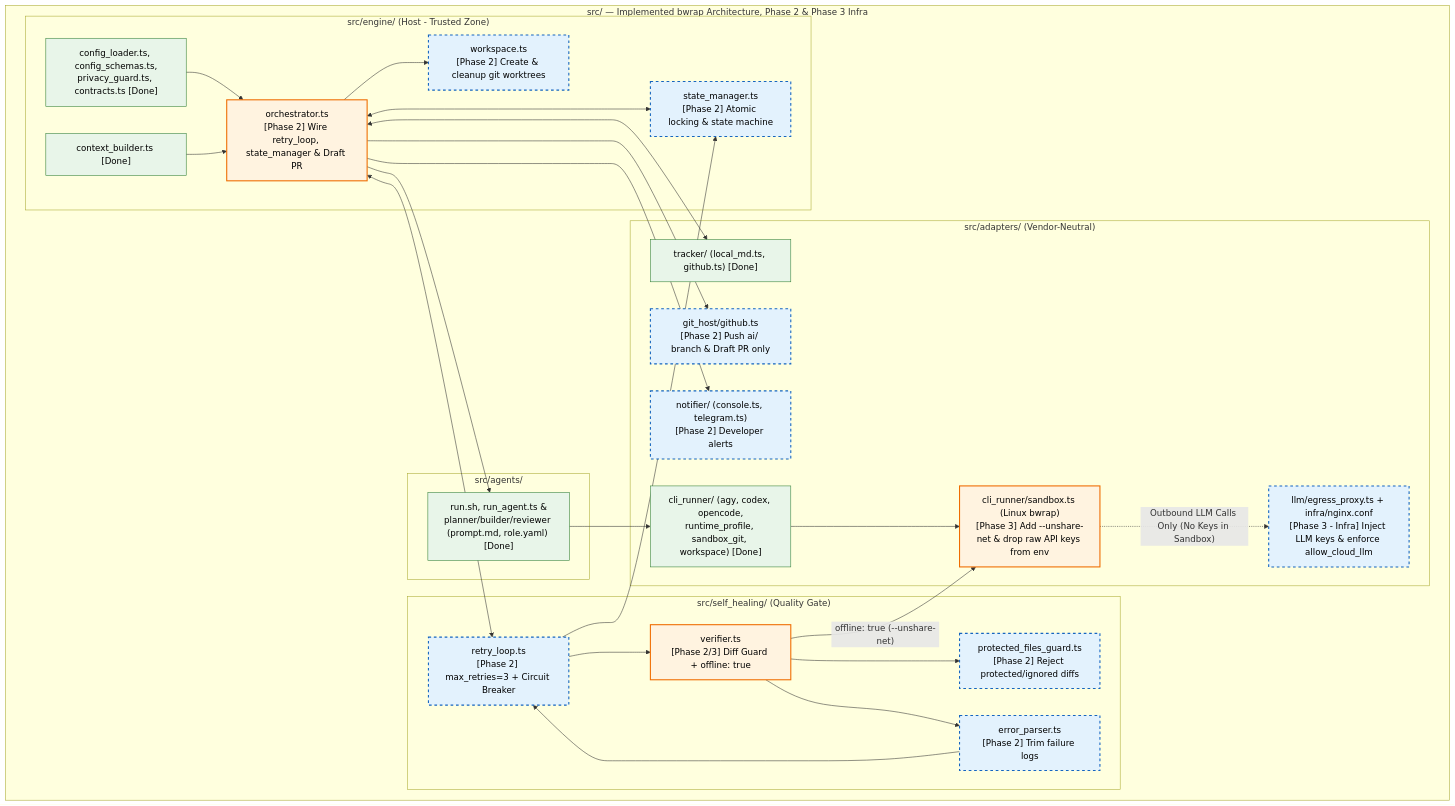
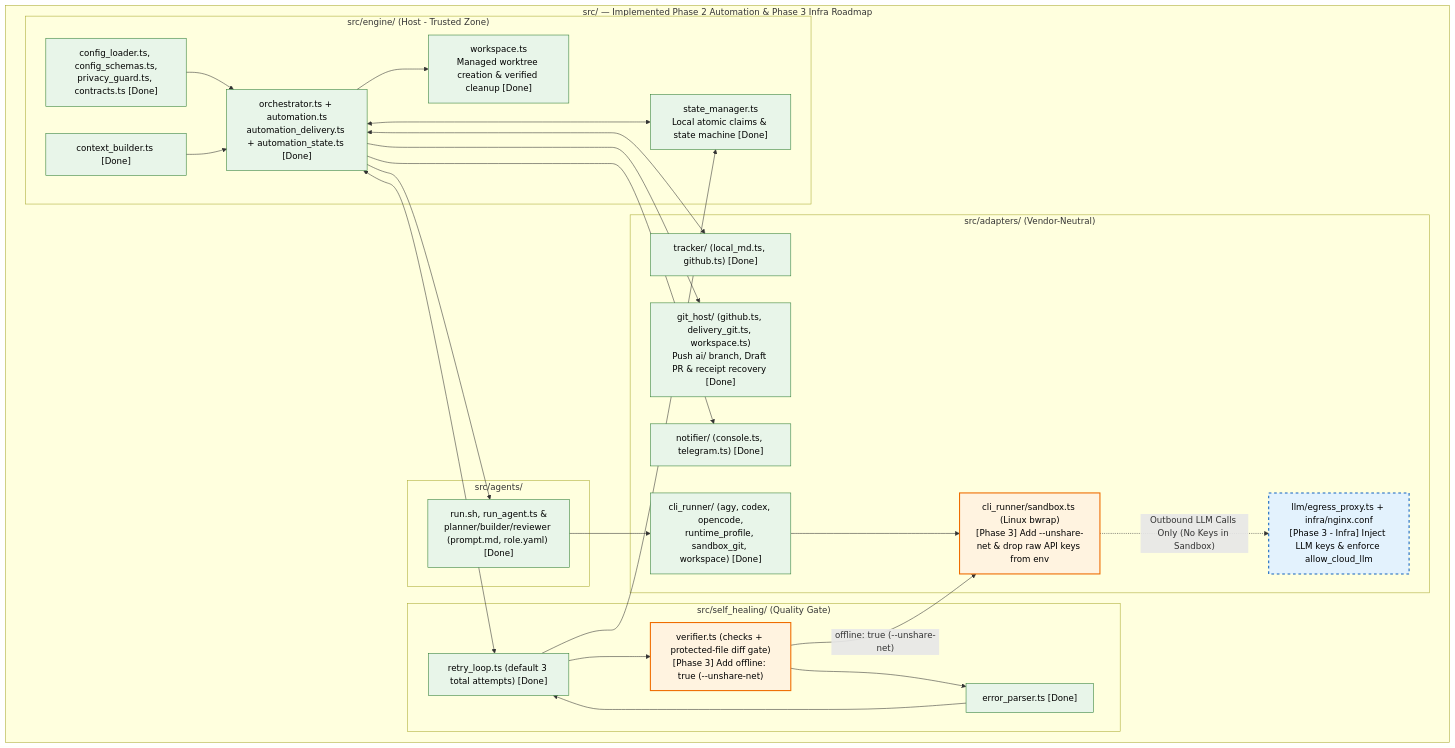
Before and after one commit to islam-kamel/software_factory: the second of 3 diagrams in docs/architecture.md, drawn with Mermaid. The commit also changed other lines of this file and 5 other files, not shown here.

````diff
--- a/docs/architecture.md
+++ b/docs/architecture.md
@@ -138,63 +140,61 @@
 ```mermaid
 ---
 config:
   layout: dagre
 ---
 flowchart TB
-    subgraph SRC["src/ — Implemented bwrap Architecture, Phase 2 & Phase 3 Infra"]
+    subgraph SRC["src/ — Implemented Phase 2 Automation & Phase 3 Infra Roadmap"]
         subgraph ENG["src/engine/ (Host - Trusted Zone)"]
             E_CFG["config_loader.ts, config_schemas.ts,<br/>privacy_guard.ts, contracts.ts [Done]"]
             E_CTX["context_builder.ts [Done]"]
-            E_ORCH["orchestrator.ts<br/>[Phase 2] Wire retry_loop, state_manager & Draft PR"]
-            E_WS["workspace.ts<br/>[Phase 2] Create & cleanup git worktrees"]
-            E_STATE["state_manager.ts<br/>[Phase 2] Atomic locking & state machine"]
+            E_ORCH["orchestrator.ts + automation.ts<br/>automation_delivery.ts + automation_state.ts [Done]"]
+            E_WS["workspace.ts<br/>Managed worktree creation & verified cleanup [Done]"]
+            E_STATE["state_manager.ts<br/>Local atomic claims & state machine [Done]"]
         end
 
         subgraph SH["src/self_healing/ (Quality Gate)"]
-            S_VER["verifier.ts<br/>[Phase 2/3] Diff Guard + offline: true"]
-            S_PARSE["error_parser.ts<br/>[Phase 2] Trim failure logs"]
-            S_LOOP["retry_loop.ts<br/>[Phase 2] max_retries=3 + Circuit Breaker"]
-            S_GUARD["protected_files_guard.ts<br/>[Phase 2] Reject protected/ignored diffs"]
+            S_VER["verifier.ts (checks + protected-file diff gate)<br/>[Phase 3] Add offline: true (--unshare-net)"]
+            S_PARSE["error_parser.ts [Done]"]
+            S_LOOP["retry_loop.ts (default 3 total attempts) [Done]"]
         end
 
         subgraph ADP["src/adapters/ (Vendor-Neutral)"]
             A_CLI["cli_runner/ (agy, codex, opencode,<br/>runtime_profile, sandbox_git, workspace) [Done]"]
             A_SBX["cli_runner/sandbox.ts (Linux bwrap)<br/>[Phase 3] Add --unshare-net & drop raw API keys from env"]
             A_TRK["tracker/ (local_md.ts, github.ts) [Done]"]
-            A_GIT["git_host/github.ts<br/>[Phase 2] Push ai/ branch & Draft PR only"]
-            A_NOTIF["notifier/ (console.ts, telegram.ts)<br/>[Phase 2] Developer alerts"]
+            A_GIT["git_host/ (github.ts, delivery_git.ts, workspace.ts)<br/>Push ai/ branch, Draft PR & receipt recovery [Done]"]
+            A_NOTIF["notifier/ (console.ts, telegram.ts) [Done]"]
             A_EGRESS["llm/egress_proxy.ts + infra/nginx.conf<br/>[Phase 3 - Infra] Inject LLM keys & enforce allow_cloud_llm"]
         end
 
         subgraph AGT["src/agents/"]
             G_RUN["run.sh, run_agent.ts &<br/>planner/builder/reviewer (prompt.md, role.yaml) [Done]"]
         end
     end
 
     E_CFG & E_CTX --> E_ORCH
     E_ORCH <--> E_STATE
     E_ORCH --> E_WS
     E_ORCH <--> A_TRK
     E_ORCH --> A_GIT & A_NOTIF
 
     E_ORCH --> G_RUN
     G_RUN --> A_CLI
     A_CLI --> A_SBX
     A_SBX -.->|"Outbound LLM Calls Only (No Keys in Sandbox)"| A_EGRESS
 
     E_ORCH <--> S_LOOP
     S_LOOP --> E_STATE
     S_LOOP --> S_VER
     S_VER -->|"offline: true (--unshare-net)"| A_SBX
-    S_VER --> S_GUARD
     S_VER --> S_PARSE
     S_PARSE --> S_LOOP
 
     classDef Done fill:#E8F5E9,stroke:#2E7D32,color:#000000
     classDef Update fill:#FFF3E0,stroke:#EF6C00,stroke-width:2px,color:#000000
     classDef Next fill:#E3F2FD,stroke:#1565C0,stroke-width:2px,stroke-dasharray:5 5,color:#000000
 
-    class E_CFG,E_CTX,A_CLI,A_TRK,G_RUN Done
-    class E_ORCH,S_VER,A_SBX Update
-    class E_WS,E_STATE,S_PARSE,S_LOOP,S_GUARD,A_GIT,A_NOTIF,A_EGRESS Next
+    class E_CFG,E_CTX,E_ORCH,E_WS,E_STATE,S_PARSE,S_LOOP,A_CLI,A_TRK,A_GIT,A_NOTIF,G_RUN Done
+    class S_VER,A_SBX Update
+    class A_EGRESS Next
 ```
````
